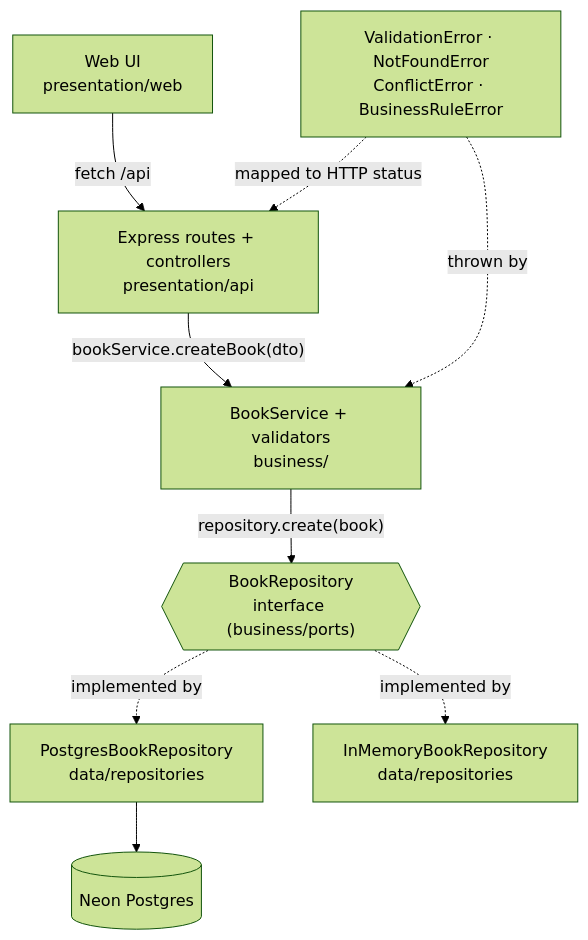
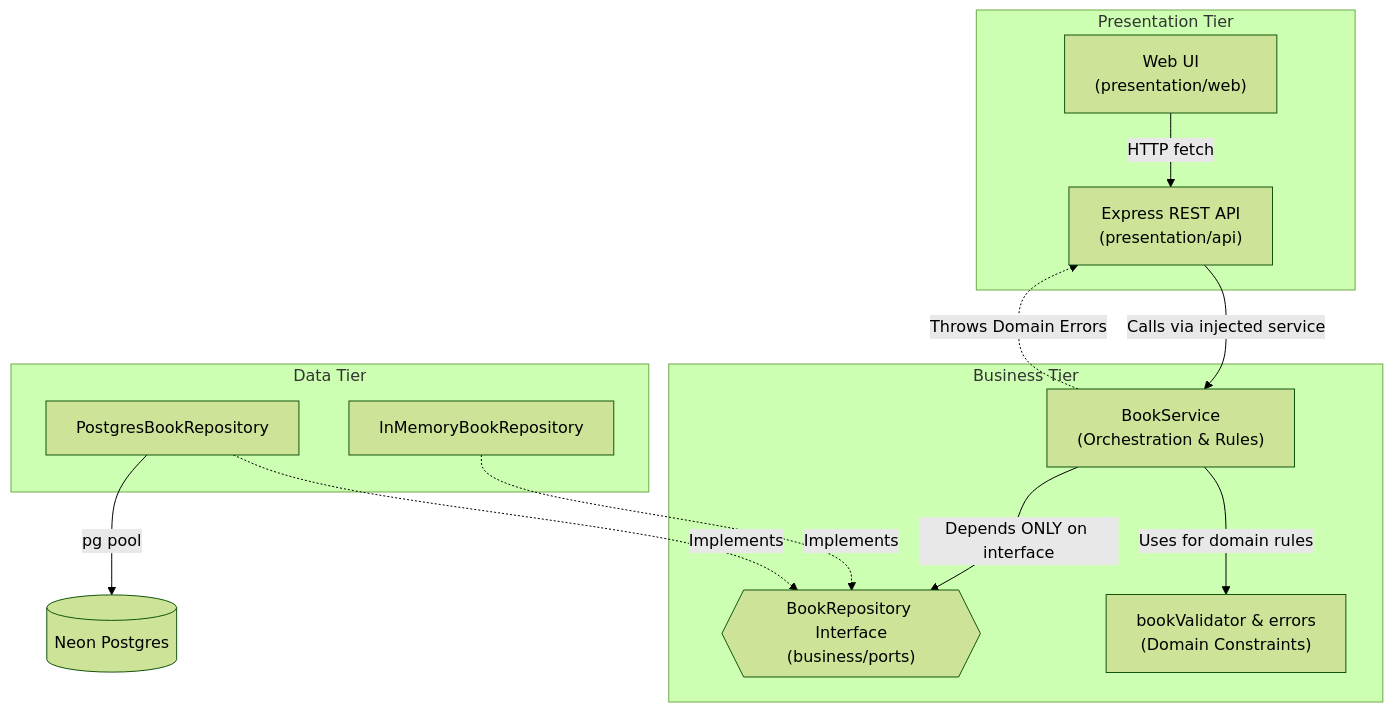
Before and after one commit to maharshi204/cloud-computing-assignment-: the diagram in docs/architecture.md, drawn with Mermaid (forest theme). The commit also changed other lines of this file and 1 other file, not shown here.

Commit message:
Final project state

````diff
--- a/docs/architecture.md
+++ b/docs/architecture.md
@@ -7,11 +7,36 @@
 ```mermaid
 flowchart TD
-  UI["Web UI<br/>presentation/web"] -->|fetch /api| API["Express routes + controllers<br/>presentation/api"]
-  API -->|"bookService.createBook(dto)"| SVC["BookService + validators<br/>business/"]
-  SVC -->|"repository.create(book)"| PORT{{"BookRepository<br/>interface (business/ports)"}}
-  PORT -.implemented by.-> PG["PostgresBookRepository<br/>data/repositories"]
-  PORT -.implemented by.-> MEM["InMemoryBookRepository<br/>data/repositories"]
-  PG --> DB[("Neon Postgres")]
-  ERR["ValidationError · NotFoundError<br/>ConflictError · BusinessRuleError"] -.thrown by.-> SVC
-  ERR -.mapped to HTTP status.-> API
+  subgraph Presentation Tier
+    UI["Web UI<br/>(presentation/web)"]
+    API["Express REST API<br/>(presentation/api)"]
+  end
+
+  subgraph Business Tier
+    SVC["BookService<br/>(Orchestration & Rules)"]
+    VAL["bookValidator & errors<br/>(Domain Constraints)"]
+    PORT{{"BookRepository Interface<br/>(business/ports)"}}
+  end
+
+  subgraph Data Tier
+    PG["PostgresBookRepository"]
+    MEM["InMemoryBookRepository"]
+  end
+
+  DB[("Neon Postgres")]
+
+  %% Data Flow and Dependencies
+  UI -->|HTTP fetch| API
+  API -->|Calls via injected service| SVC
+  SVC -->|Uses for domain rules| VAL
+  SVC -->|Depends ONLY on interface| PORT
+  
+  %% Inward dependency: Data Tier implements Business Tier port
+  PG -.->|Implements| PORT
+  MEM -.->|Implements| PORT
+  
+  %% Actual Storage
+  PG -->|pg pool| DB
+
+  %% Error Propogation
+  SVC -.->|Throws Domain Errors| API
 ```
````
